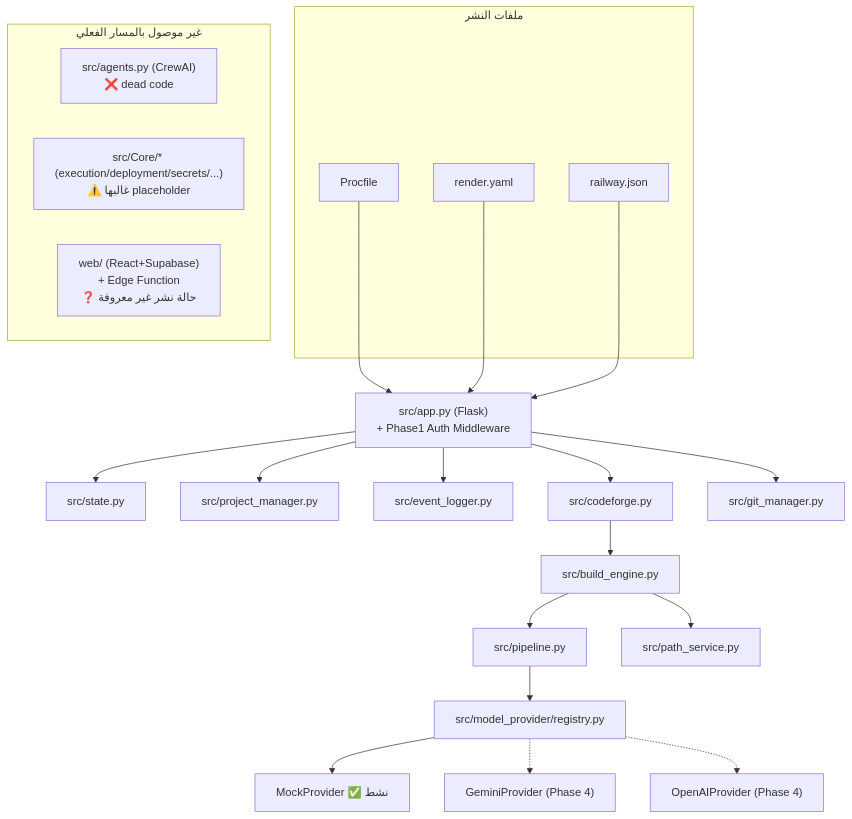
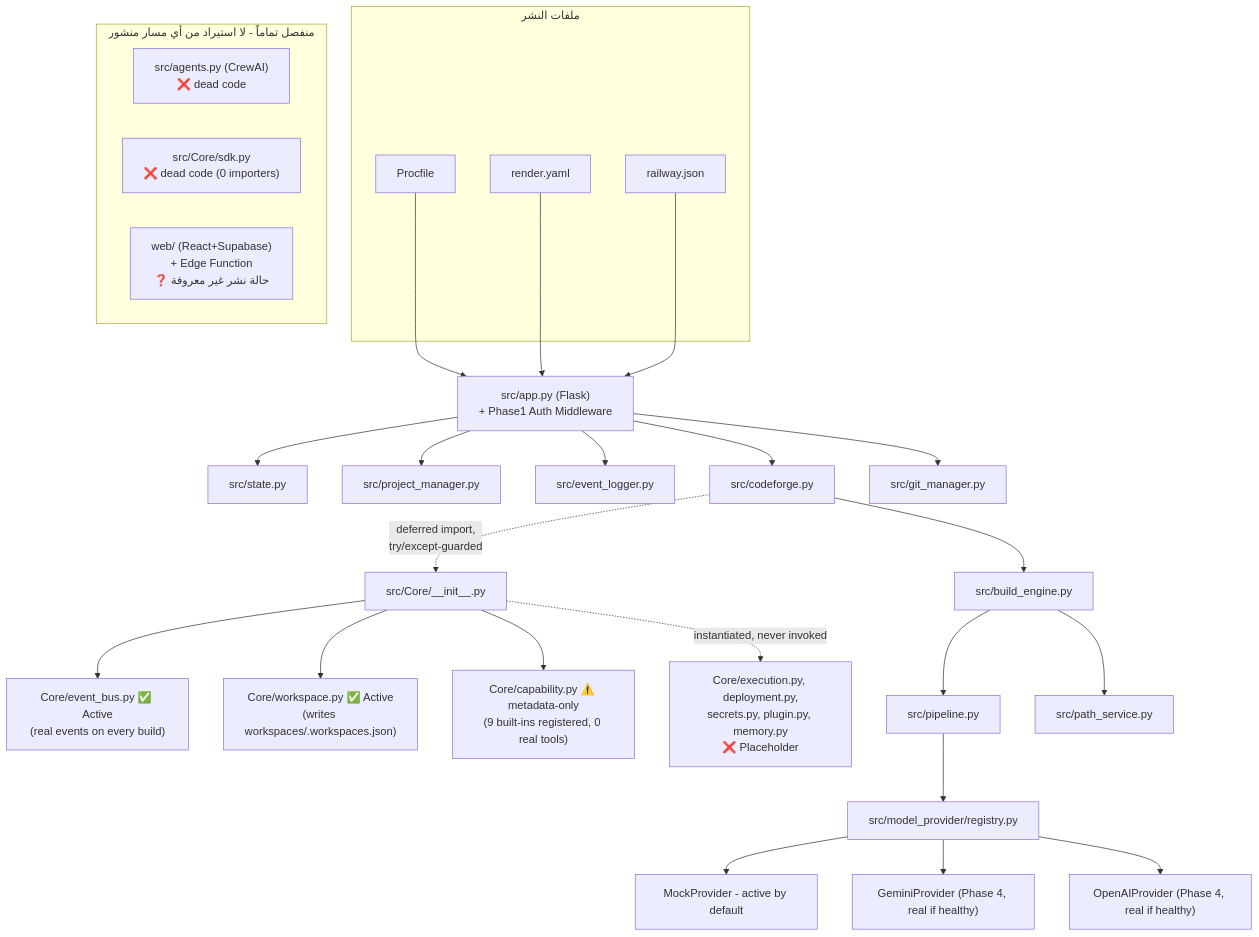
The diagram in docs/ARCHITECTURE.md (angaaamy-cpu/codeforge), drawn with Mermaid before and after one commit. The commit also changed other lines of this file and 3 other files, not shown here.

````diff
--- a/docs/ARCHITECTURE.md
+++ b/docs/ARCHITECTURE.md
@@ -7,31 +7,37 @@
 ```mermaid
 flowchart TD
     subgraph Deploy["ملفات النشر"]
         PF[Procfile]
         RY[render.yaml]
         RJ[railway.json]
     end
 
     PF --> APP
     RY --> APP
     RJ --> APP
 
     APP["src/app.py (Flask)<br/>+ Phase1 Auth Middleware"] --> STATE[src/state.py]
     APP --> PM[src/project_manager.py]
     APP --> EL[src/event_logger.py]
     APP --> CF["src/codeforge.py"]
     CF --> BE[src/build_engine.py]
+    CF -.->|"deferred import,<br/>try/except-guarded"| COREINIT["src/Core/__init__.py"]
+    COREINIT --> EB["Core/event_bus.py ✅ Active<br/>(real events on every build)"]
+    COREINIT --> WS["Core/workspace.py ✅ Active<br/>(writes workspaces/.workspaces.json)"]
+    COREINIT --> CAP["Core/capability.py ⚠️ metadata-only<br/>(9 built-ins registered, 0 real tools)"]
+    COREINIT -.->|"instantiated, never invoked"| INERT["Core/execution.py, deployment.py,<br/>secrets.py, plugin.py, memory.py<br/>❌ Placeholder"]
     BE --> PIPE[src/pipeline.py]
     PIPE --> PR[src/model_provider/registry.py]
-    PR --> MOCK[MockProvider ✅ نشط]
-    PR -.-> GEM["GeminiProvider (Phase 4)"]
-    PR -.-> OAI["OpenAIProvider (Phase 4)"]
+    PR --> MOCK[MockProvider - active by default]
+    PR --> GEM["GeminiProvider (Phase 4, real if healthy)"]
+    PR --> OAI["OpenAIProvider (Phase 4, real if healthy)"]
     BE --> PS[src/path_service.py]
     APP --> GIT[src/git_manager.py]
 
-    subgraph Disconnected["غير موصول بالمسار الفعلي"]
+    subgraph Disconnected["منفصل تماماً - لا استيراد من أي مسار منشور"]
         AGENTS["src/agents.py (CrewAI)<br/>❌ dead code"]
-        CORE["src/Core/* (execution/deployment/secrets/...)<br/>⚠️ غالبها placeholder"]
+        SDK["src/Core/sdk.py<br/>❌ dead code (0 importers)"]
         WEB["web/ (React+Supabase)<br/>+ Edge Function<br/>❓ حالة نشر غير معروفة"]
     end
+
 ```
````
